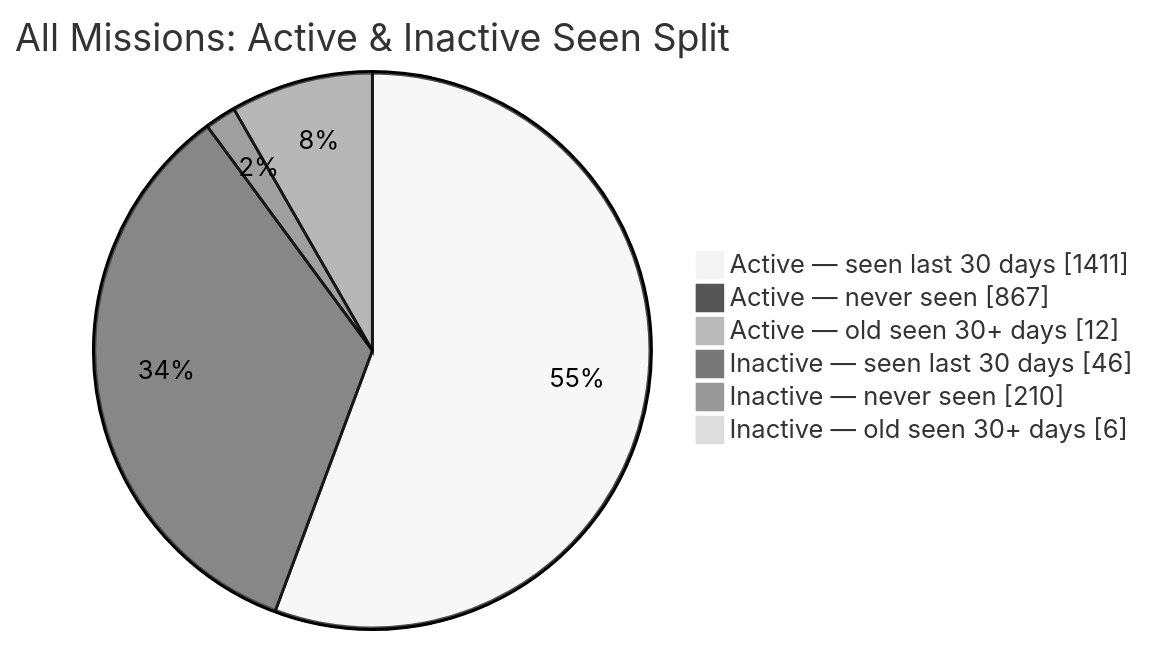
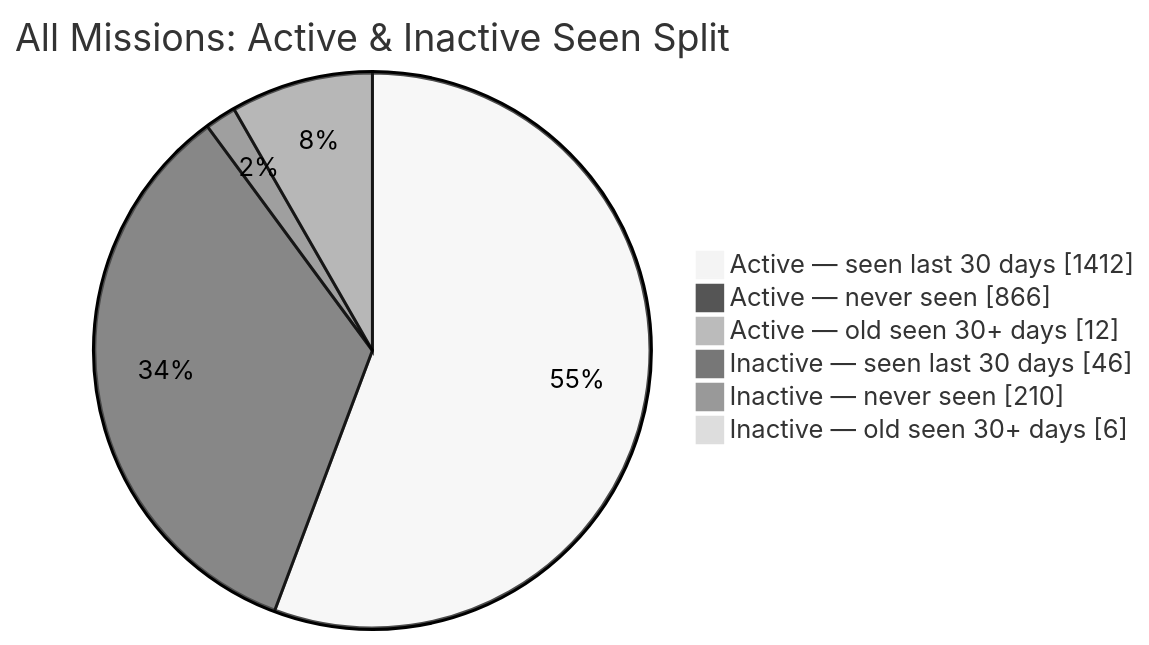
The second of 2 diagrams in README.md (MeldkamerspelGameTeam/active-missions), drawn with Mermaid (neutral theme) before and after one commit. The commit also changed other lines of this file and 3 other files, not shown here.

````diff
--- a/README.md
+++ b/README.md
@@ -44,10 +44,10 @@
 ```mermaid
 pie showData
     title All Missions: Active & Inactive Seen Split
-    "Active — seen last 30 days" : 1411
-    "Active — never seen" : 867
+    "Active — seen last 30 days" : 1412
+    "Active — never seen" : 866
     "Active — old seen 30+ days" : 12
     "Inactive — seen last 30 days" : 46
     "Inactive — never seen" : 210
     "Inactive — old seen 30+ days" : 6
 ```
````
